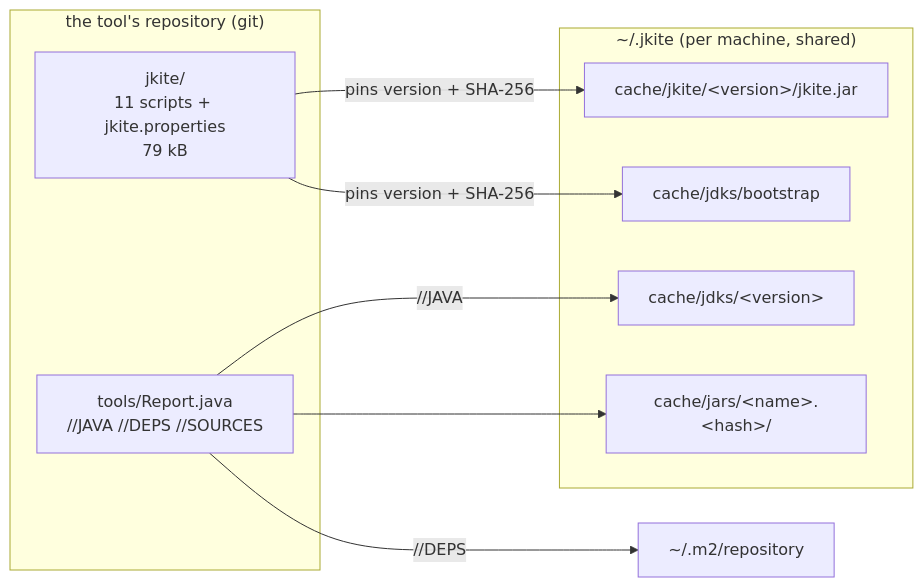
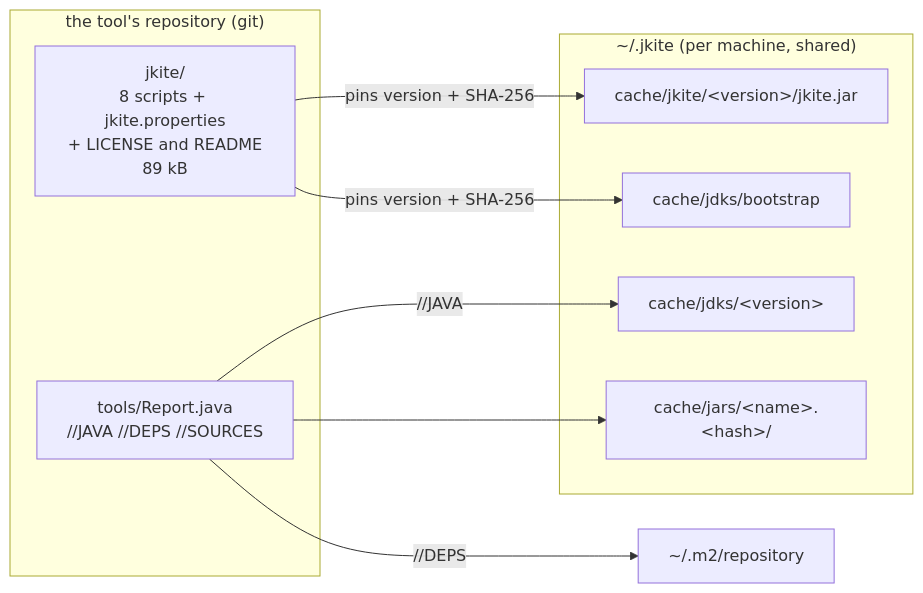
Before and after one commit to instreest/jbang: the first of 3 diagrams in docs/ARCHITECTURE.md, drawn with Mermaid. The commit also changed 10 other files, not shown here.

````diff
--- a/docs/ARCHITECTURE.md
+++ b/docs/ARCHITECTURE.md
@@ -12,19 +12,19 @@
 ```mermaid
 flowchart LR
   subgraph repo["the tool's repository (git)"]
-    L["jkite/<br/>11 scripts + jkite.properties<br/>79 kB"]
+    L["jkite/<br/>8 scripts + jkite.properties<br/>+ LICENSE and README<br/>89 kB"]
     T["tools/Report.java<br/>//JAVA //DEPS //SOURCES"]
   end
   subgraph machine["~/.jkite (per machine, shared)"]
     J["cache/jkite/&lt;version&gt;/jkite.jar"]
     B["cache/jdks/bootstrap"]
     S["cache/jdks/&lt;version&gt;"]
     A["cache/jars/&lt;name&gt;.&lt;hash&gt;/"]
   end
   M["~/.m2/repository"]
   L -- "pins version + SHA-256" --> J
   L -- "pins version + SHA-256" --> B
   T --> A
   T -- "//DEPS" --> M
   T -- "//JAVA" --> S
 ```
````
